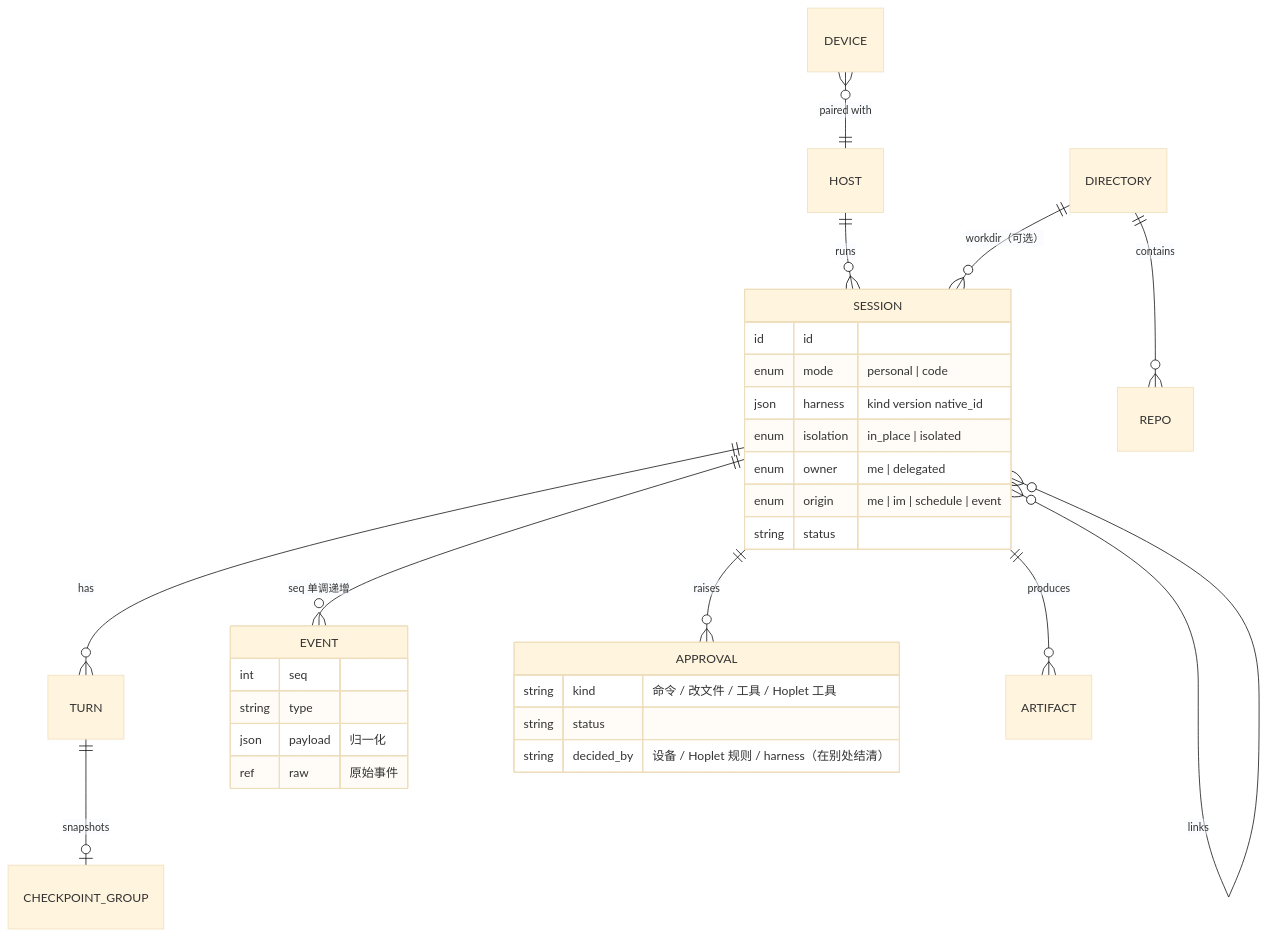
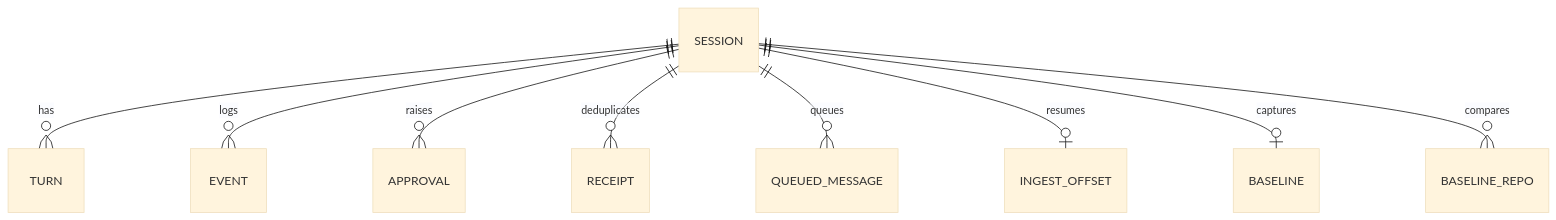
Before and after one commit to yangflow/hoplet: the first of 2 diagrams in docs/design/0004-session-data-model.md, drawn with Mermaid (base theme). The commit also changed other lines of this file and 26 other files, not shown here.

Commit message:
docs(design): align designs and roadmap with implementation

````diff
--- a/docs/design/0004-session-data-model.md
+++ b/docs/design/0004-session-data-model.md
@@ -16,34 +26,11 @@
 ```mermaid
 erDiagram
-    HOST ||--o{ SESSION : runs
-    DIRECTORY ||--o{ REPO : contains
-    DIRECTORY ||--o{ SESSION : "workdir（可选）"
     SESSION ||--o{ TURN : has
-    SESSION ||--o{ EVENT : "seq 单调递增"
+    SESSION ||--o{ EVENT : logs
     SESSION ||--o{ APPROVAL : raises
-    SESSION ||--o{ ARTIFACT : produces
-    SESSION }o--o{ SESSION : links
-    TURN ||--o| CHECKPOINT_GROUP : snapshots
-    DEVICE }o--|| HOST : "paired with"
-
-    SESSION {
-        id id
-        enum mode "personal | code"
-        json harness "kind version native_id"
-        enum isolation "in_place | isolated"
-        enum owner "me | delegated"
-        enum origin "me | im | schedule | event"
-        string status
-    }
-    EVENT {
-        int seq
-        string type
-        json payload "归一化"
-        ref raw "原始事件"
-    }
-    APPROVAL {
-        string kind "命令 / 改文件 / 工具 / Hoplet 工具"
-        string status
-        string decided_by "设备 / Hoplet 规则 / harness（在别处结清）"
-    }
+    SESSION ||--o{ RECEIPT : deduplicates
+    SESSION ||--o{ QUEUED_MESSAGE : queues
+    SESSION ||--o| INGEST_OFFSET : resumes
+    SESSION ||--o| BASELINE : captures
+    SESSION ||--o{ BASELINE_REPO : compares
 ```
````
